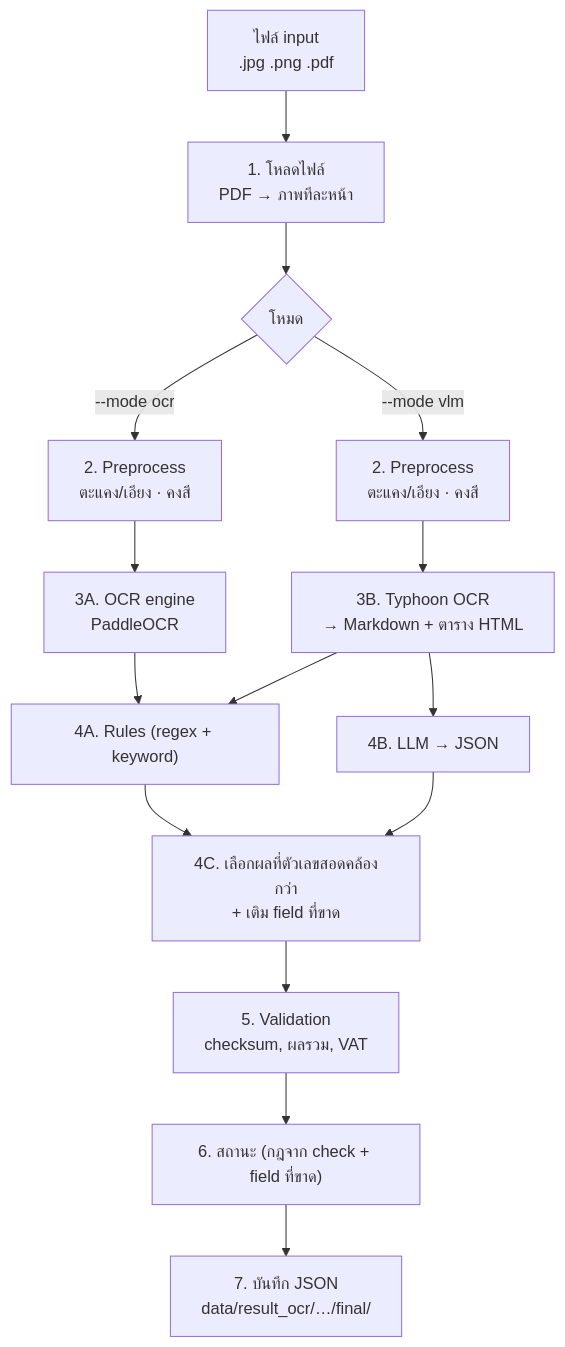
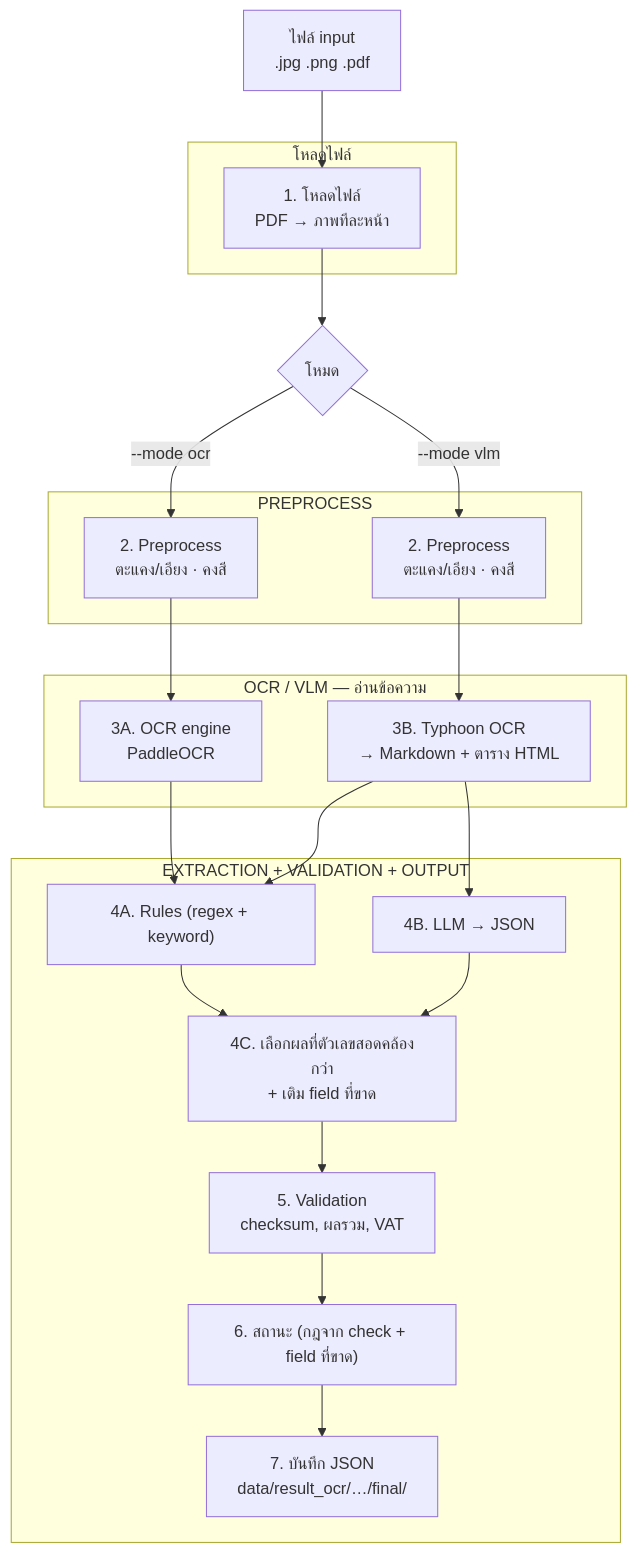
The second of 2 diagrams in docs/README.md (Pikcolo/fin-extractor), drawn with Mermaid before and after one commit. The commit also changed other lines of this file and 1 other file, not shown here.

Commit message:
README: document latest section-based OpenThai pipeline, add stage frames to workflow diagrams
- README.md: new "latest pipeline" section (layouts -> clean luma/flat/bin -> run_sections -> extract --reuse-raw),
  data/ layout and src/ module list updated
- docs/README.md: new pipeline diagram; both diagrams grouped into PREPROCESS / OCR / EXTRACTION frames

````diff
--- a/docs/README.md
+++ b/docs/README.md
@@ -25,17 +59,37 @@
 ```mermaid
 flowchart TD
-    A["ไฟล์ input<br/>.jpg .png .pdf"] --> B["1. โหลดไฟล์<br/>PDF → ภาพทีละหน้า"]
+    A["ไฟล์ input<br/>.jpg .png .pdf"] --> B
+
+    subgraph LOAD["โหลดไฟล์"]
+        B["1. โหลดไฟล์<br/>PDF → ภาพทีละหน้า"]
+    end
+
     B --> C{"โหมด"}
-    C -- "--mode ocr" --> D1["2. Preprocess<br/>ตะแคง/เอียง · คงสี"]
-    C -- "--mode vlm" --> D2["2. Preprocess<br/>ตะแคง/เอียง · คงสี"]
-    D1 --> E1["3A. OCR engine<br/>PaddleOCR"]
-    D2 --> E2["3B. Typhoon OCR<br/>→ Markdown + ตาราง HTML"]
-    E1 --> F["4A. Rules (regex + keyword)"]
+
+    subgraph PRE["PREPROCESS"]
+        D1["2. Preprocess<br/>ตะแคง/เอียง · คงสี"]
+        D2["2. Preprocess<br/>ตะแคง/เอียง · คงสี"]
+    end
+
+    subgraph OCR["OCR / VLM — อ่านข้อความ"]
+        E1["3A. OCR engine<br/>PaddleOCR"]
+        E2["3B. Typhoon OCR<br/>→ Markdown + ตาราง HTML"]
+    end
+
+    subgraph EXT["EXTRACTION + VALIDATION + OUTPUT"]
+        F["4A. Rules (regex + keyword)"]
+        G["4B. LLM → JSON"]
+        H["4C. เลือกผลที่ตัวเลขสอดคล้องกว่า<br/>+ เติม field ที่ขาด"]
+        I["5. Validation<br/>checksum, ผลรวม, VAT"]
+        J["6. สถานะ (กฎจาก check + field ที่ขาด)"]
+        K["7. บันทึก JSON<br/>data/result_ocr/…/final/"]
+    end
+
+    C -- "--mode ocr" --> D1 --> E1 --> F
+    C -- "--mode vlm" --> D2 --> E2
     E2 --> F
-    E2 --> G["4B. LLM → JSON"]
-    F --> H["4C. เลือกผลที่ตัวเลขสอดคล้องกว่า<br/>+ เติม field ที่ขาด"]
+    E2 --> G
+    F --> H
     G --> H
-    H --> I["5. Validation<br/>checksum, ผลรวม, VAT"]
-    I --> J["6. สถานะ (กฎจาก check + field ที่ขาด)"]
-    J --> K["7. บันทึก JSON<br/>data/result_ocr/…/final/"]
+    H --> I --> J --> K
 ```
````
